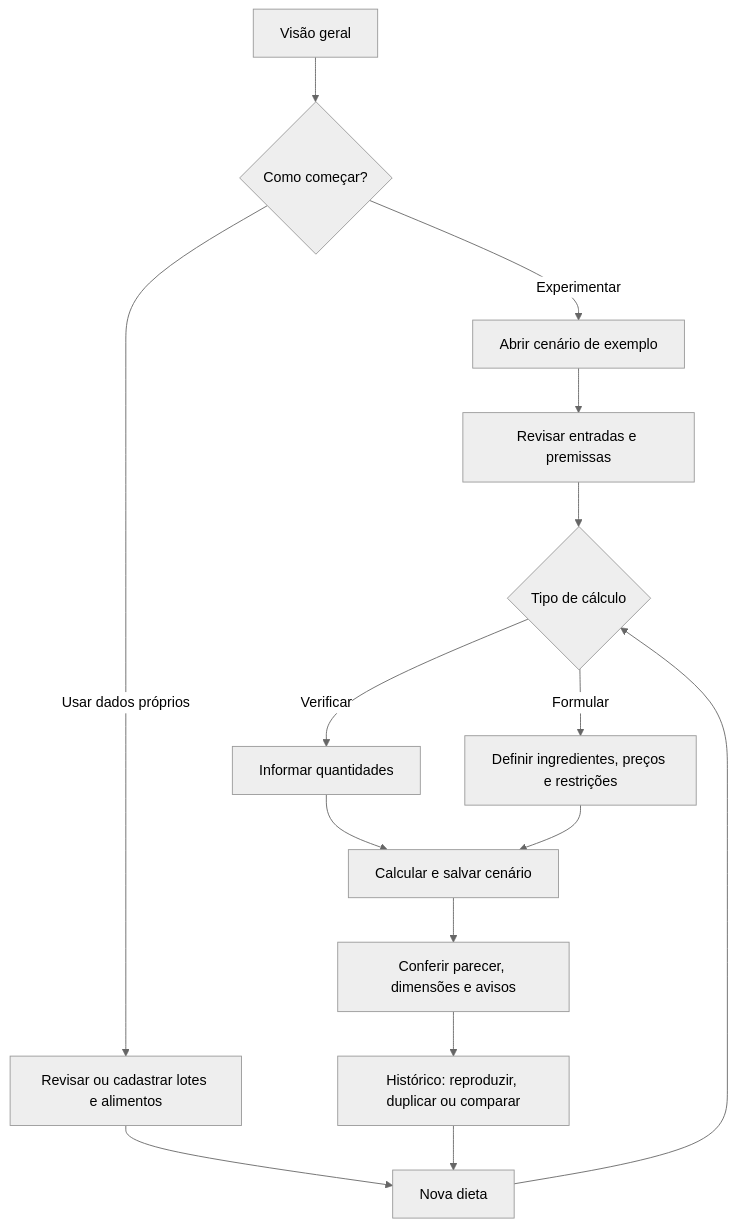
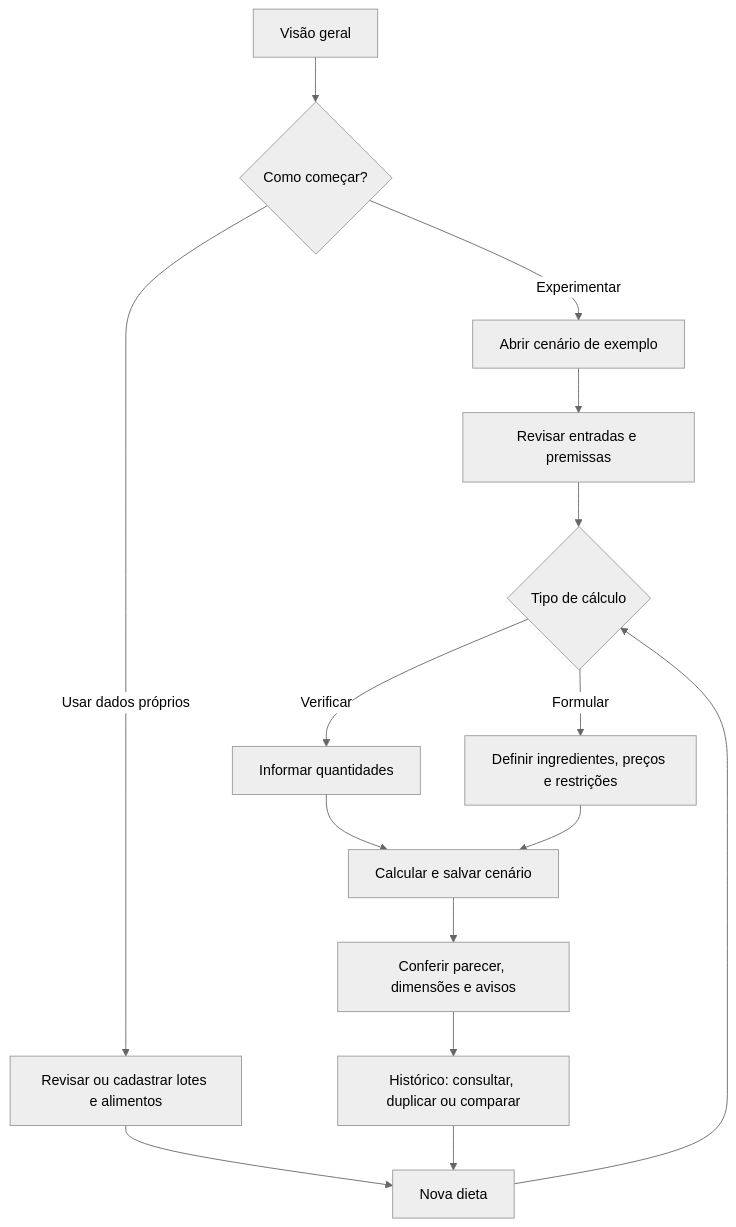
The diagram in README.md (lucasvresende/hackathon-rerum-2026), drawn with Mermaid (neutral theme) before and after one commit. The commit also changed other lines of this file and 27 other files, not shown here.

````diff
--- a/README.md
+++ b/README.md
@@ -76,17 +76,17 @@
 ```mermaid
 flowchart TD
     A[Visão geral] --> B{Como começar?}
     B -->|Experimentar| C[Abrir cenário de exemplo]
     B -->|Usar dados próprios| D[Revisar ou cadastrar lotes e alimentos]
     C --> E[Revisar entradas e premissas]
     D --> F[Nova dieta]
     E --> G{Tipo de cálculo}
     F --> G
     G -->|Verificar| H[Informar quantidades]
     G -->|Formular| I[Definir ingredientes, preços e restrições]
     H --> J[Calcular e salvar cenário]
     I --> J
     J --> K[Conferir parecer, dimensões e avisos]
-    K --> L[Histórico: reproduzir, duplicar ou comparar]
+    K --> L[Histórico: consultar, duplicar ou comparar]
     L --> F
 ```
````
